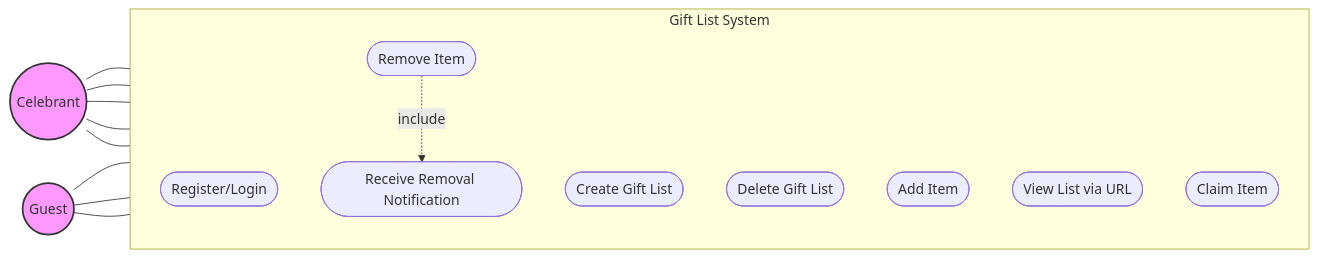
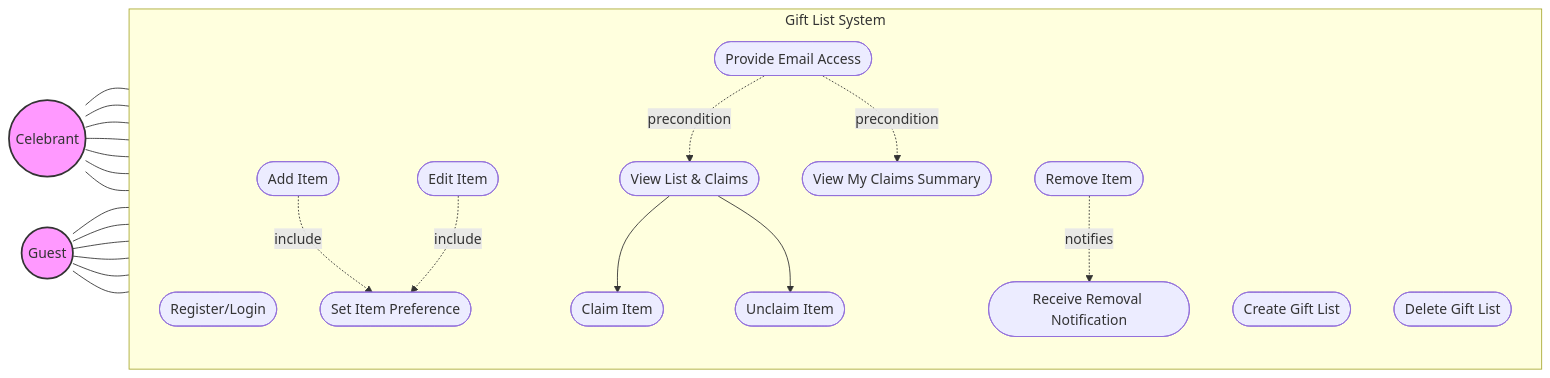
Before and after one commit to edoardosarri24/gift-list: the diagram in documentation/images/1-introduction/use-case.mmd, drawn with Mermaid. The commit also changed 6 other files, not shown here.

```diff
--- a/documentation/images/1-introduction/use-case.mmd
+++ b/documentation/images/1-introduction/use-case.mmd
@@ -1,36 +1,55 @@
 flowchart LR
-    %% Definizione degli Attori come cerchi (molto simili agli stickman nel concetto)
+    %% Actors
     C((Celebrant))
     G((Guest))
 
-    %% Sistema come contenitore rettangolare
+    %% System Boundary
     subgraph "Gift List System"
         direction TB
-        %% Casi d'uso definiti come ellissi
-        UC1([Register/Login])
-        UC2([Create Gift List])
-        UC3([Delete Gift List])
-        UC4([Add Item])
-        UC5([Remove Item])
-        UC6([View List via URL])
-        UC7([Claim Item])
-        UC8([Receive Removal Notification])
+
+        %% Celebrant Use Cases
+        UC_C_Auth([Register/Login])
+        UC_C_CreateList([Create Gift List])
+        UC_C_DeleteList([Delete Gift List])
+        UC_C_AddItem([Add Item])
+        UC_C_EditItem([Edit Item])
+        UC_C_RemoveItem([Remove Item])
+        UC_C_SetPref([Set Item Preference])
+
+        %% Guest Use Cases
+        UC_G_ProvideEmail([Provide Email Access])
+        UC_G_ViewList([View List & Claims])
+        UC_G_Claim([Claim Item])
+        UC_G_Unclaim([Unclaim Item])
+        UC_G_ViewMyClaims([View My Claims Summary])
+        UC_G_Notify([Receive Removal Notification])
     end
 
-    %% Relazioni tra Attori e Casi d'Uso (linee semplici, senza frecce)
-    C --- UC1
-    C --- UC2
-    C --- UC3
-    C --- UC4
-    C --- UC5
+    %% Actor to Use Case Relationships
+    C --- UC_C_Auth
+    C --- UC_C_CreateList
+    C --- UC_C_DeleteList
+    C --- UC_C_AddItem
+    C --- UC_C_EditItem
+    C --- UC_C_RemoveItem
+    C --- UC_C_SetPref
 
-    G --- UC6
-    G --- UC7
-    G --- UC8
+    G --- UC_G_ProvideEmail
+    G --- UC_G_ViewList
+    G --- UC_G_Claim
+    G --- UC_G_Unclaim
+    G --- UC_G_ViewMyClaims
+    G --- UC_G_Notify
 
-    %% Relazione tra casi d'uso (linea tratteggiata con freccia per include/extend)
-    UC5 -.->|include| UC8
+    %% Inter-Use Case Relationships
+    UC_C_AddItem -.->|include| UC_C_SetPref
+    UC_C_EditItem -.->|include| UC_C_SetPref
+    UC_G_ProvideEmail -.->|precondition| UC_G_ViewList
+    UC_G_ProvideEmail -.->|precondition| UC_G_ViewMyClaims
+    UC_G_ViewList --> UC_G_Claim
+    UC_G_ViewList --> UC_G_Unclaim
+    UC_C_RemoveItem -.->|notifies| UC_G_Notify
 
-    %% Styling per farlo sembrare più "UML"
+    %% Styling
     style C fill:#f9f,stroke:#333,stroke-width:2px
     style G fill:#f9f,stroke:#333,stroke-width:2px
```
